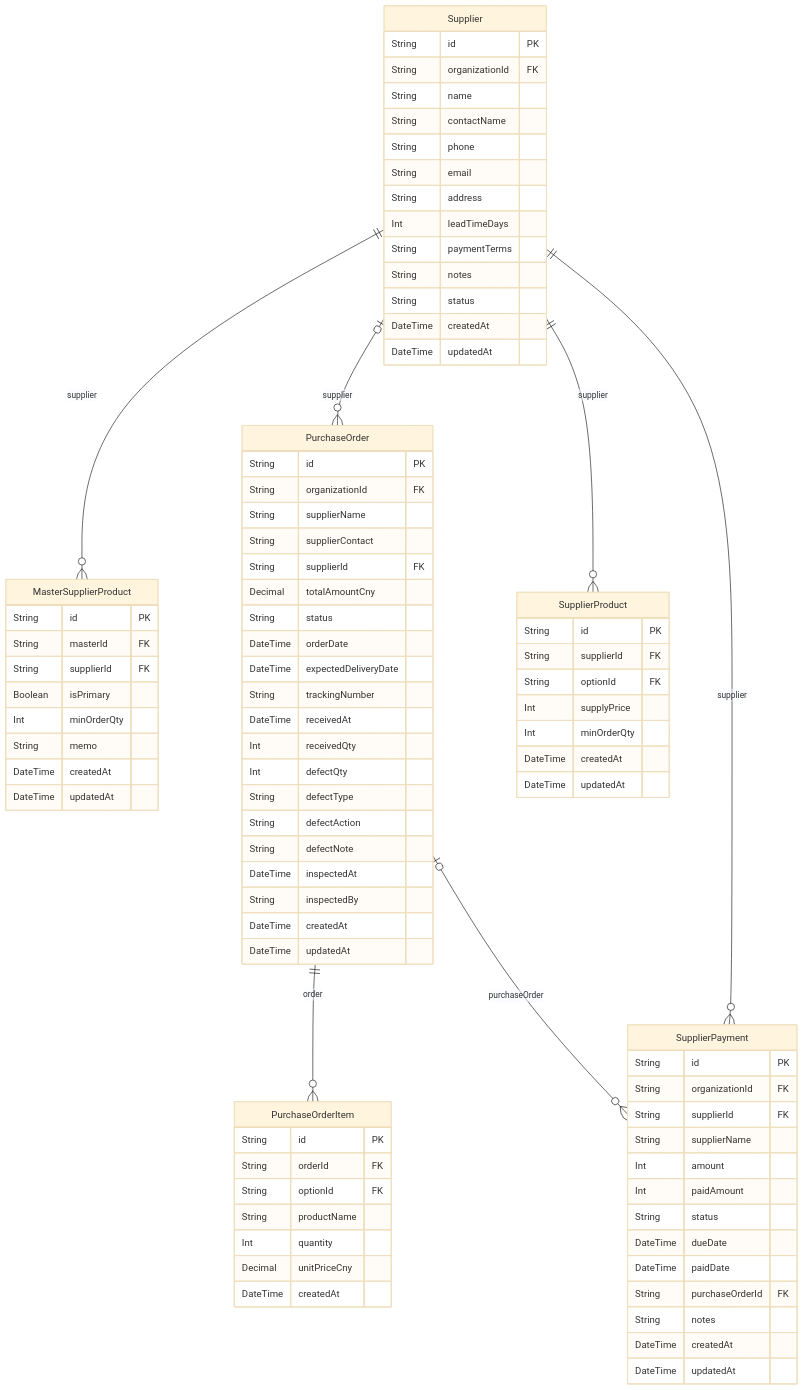
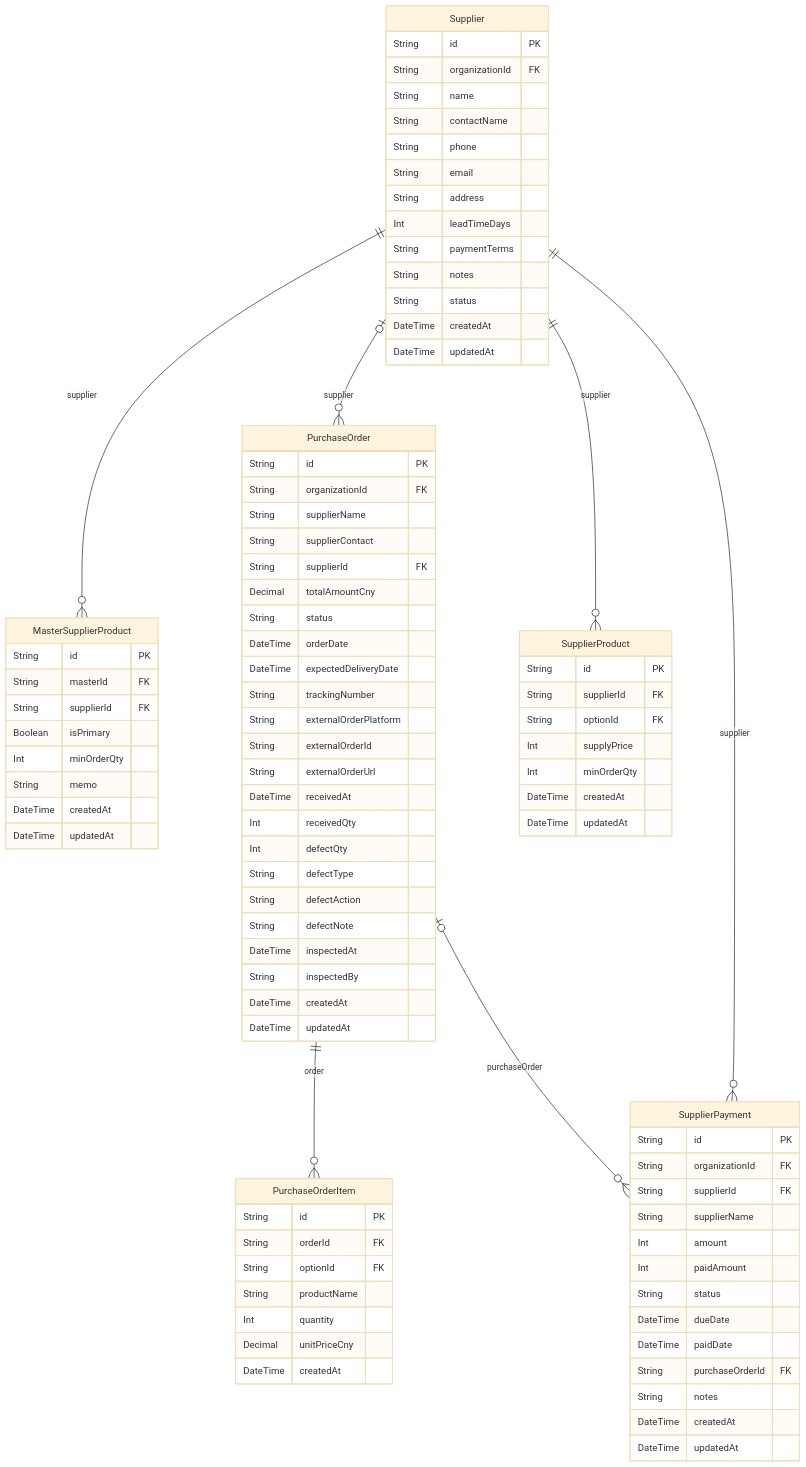
Before and after one commit to AgentFoundry-Labs/kiditem: the diagram in docs/erd/supply.md, drawn with Mermaid (base theme). The commit also changed 208 other files, not shown here.

```diff
--- a/docs/erd/supply.md
+++ b/docs/erd/supply.md
@@ -41,6 +41,9 @@
     DateTime orderDate
     DateTime expectedDeliveryDate
     String trackingNumber
+    String externalOrderPlatform
+    String externalOrderId
+    String externalOrderUrl
     DateTime receivedAt
     Int receivedQty
     Int defectQty
```
